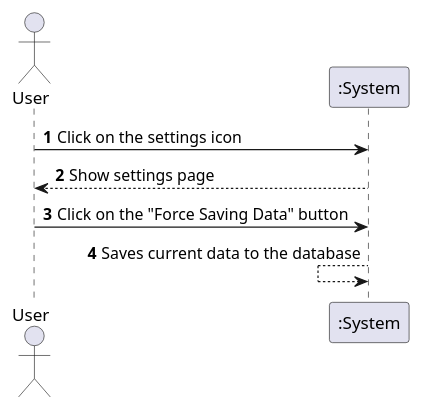
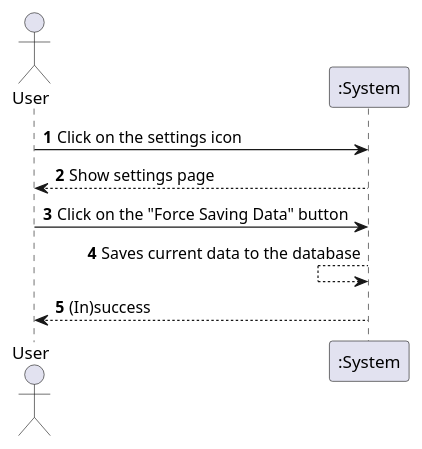
One commit to VitorHTeixeira/DSSMV_ProjectDroid_1232067_1241131_1241008 changed the diagram in UMLs/SSDs/uml/UCSS_UCSSD/UCSS4_UCSSD.puml. Above: the diagram before and after it, drawn with PlantUML. The commit also changed 119 other files, not shown here.

First line of the commit message:
Docs: Adição e atualização de diagramas UML e de sequência

```diff
--- a/UMLs/SSDs/uml/UCSS_UCSSD/UCSS4_UCSSD.puml
+++ b/UMLs/SSDs/uml/UCSS_UCSSD/UCSS4_UCSSD.puml
@@ -1,15 +1,16 @@
 @startuml
 'https://plantuml.com/sequence-diagram
 
 autonumber
 
 actor "User" as user
 participant ":System" as sys
 
 user -> sys: Click on the settings icon
 user <-- sys: Show settings page
 
 user -> sys: Click on the "Force Saving Data" button
 sys <-- sys: Saves current data to the database
+user <-- sys: (In)success
 
 @enduml
```
